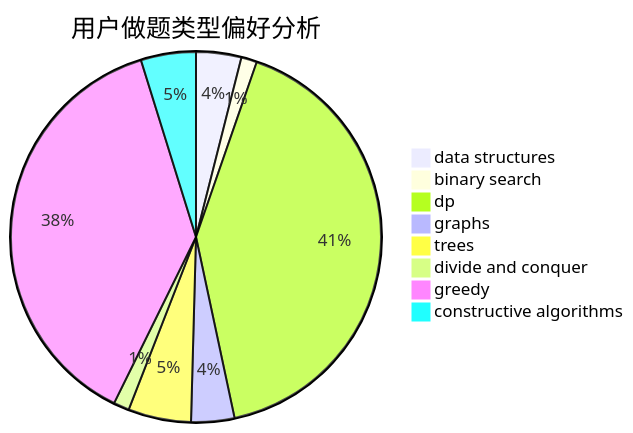
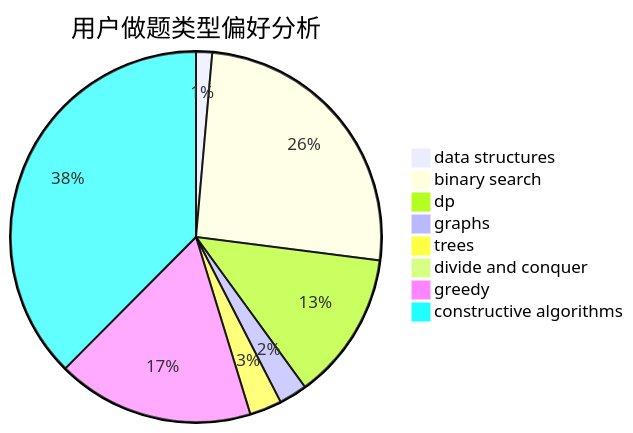
The second of 3 diagrams in docs/user/u2538.md (sherpahu/cfrs.github.io), drawn with Mermaid before and after one commit. The commit also changed other lines of this file and 2770 other files, not shown here.

````diff
--- a/docs/user/u2538.md
+++ b/docs/user/u2538.md
@@ -23,11 +23,11 @@
 ```mermaid
 pie title 用户做题类型偏好分析
-    "data structures" :  23
-    "binary search" :  8
-    "dp" :  241
-    "graphs" :  22
-    "trees" :  32
-    "divide and conquer" :  8
-    "greedy" :  221
-    "constructive algorithms" :  28
+    "data structures" :  4
+    "binary search" :  73
+    "dp" :  37
+    "graphs" :  7
+    "trees" :  8
+    "divide and conquer" :  0
+    "greedy" :  49
+    "constructive algorithms" :  107
 ```
````
